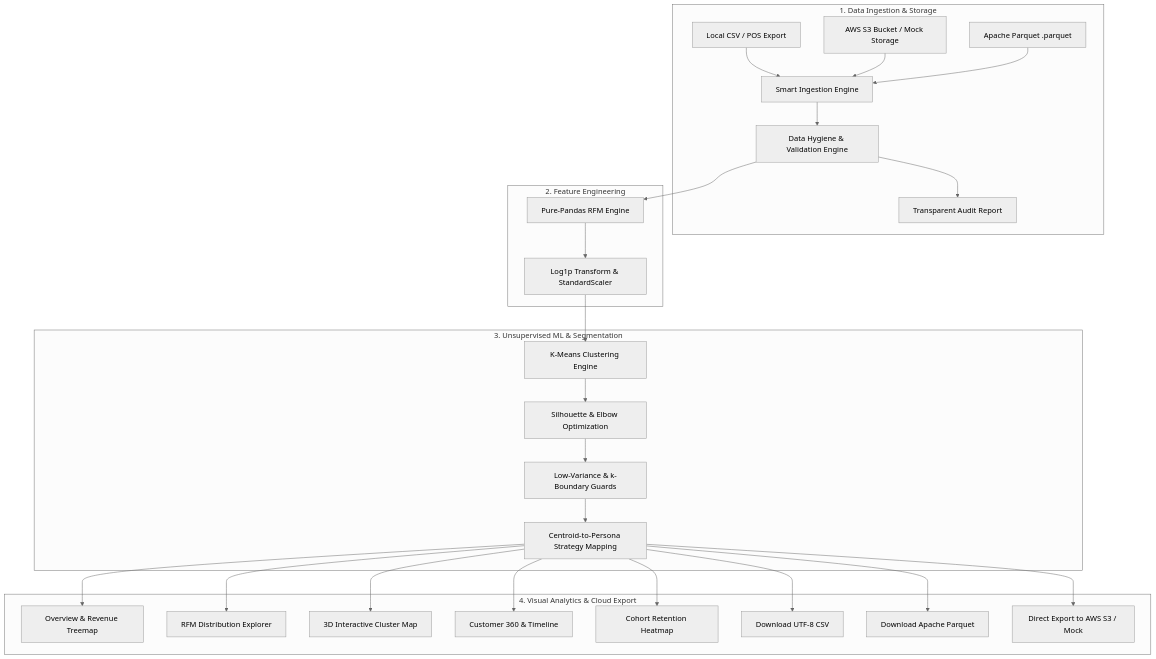
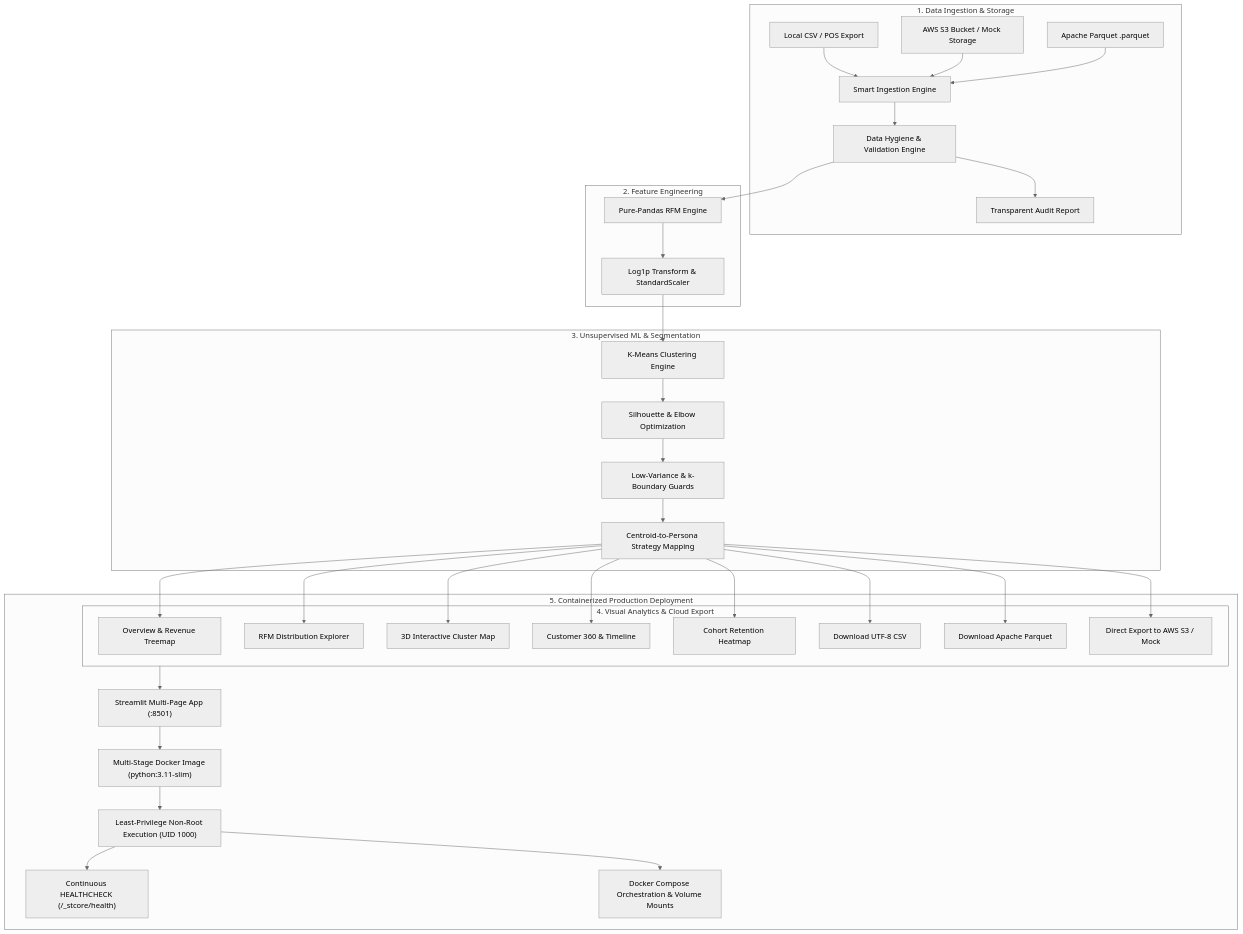
The diagram in README.md (Khare69/RFM-Cluster360), drawn with Mermaid (neutral theme) before and after one commit. The commit also changed 1 other file, not shown here.

Commit message:
docs: enrich architecture diagram with container deployment flow and add Docker run instructions to HOW_TO_RUN.txt

````diff
--- a/README.md
+++ b/README.md
@@ -94,33 +94,41 @@
 ```mermaid
 flowchart TD
     subgraph Ingestion ["1. Data Ingestion & Storage"]
         CSV[Local CSV / POS Export] --> Ingest[Smart Ingestion Engine]
         S3[AWS S3 Bucket / Mock Storage] --> Ingest
         ParquetIn[Apache Parquet .parquet] --> Ingest
         Ingest --> Clean[Data Hygiene & Validation Engine]
         Clean --> Audit[Transparent Audit Report]
     end
 
     subgraph RFM ["2. Feature Engineering"]
         Clean --> RFMCalc[Pure-Pandas RFM Engine]
         RFMCalc --> Transform[Log1p Transform & StandardScaler]
     end
 
     subgraph ML ["3. Unsupervised ML & Segmentation"]
         Transform --> KMeans[K-Means Clustering Engine]
         KMeans --> Opt[Silhouette & Elbow Optimization]
         Opt --> Guard[Low-Variance & k-Boundary Guards]
         Guard --> Persona[Centroid-to-Persona Strategy Mapping]
     end
 
     subgraph Presentation ["4. Visual Analytics & Cloud Export"]
         Persona --> Overview[Overview & Revenue Treemap]
         Persona --> Explorer[RFM Distribution Explorer]
         Persona --> Cluster3D[3D Interactive Cluster Map]
         Persona --> Search[Customer 360 & Timeline]
         Persona --> Cohort[Cohort Retention Heatmap]
         Persona --> ExportCSV[Download UTF-8 CSV]
         Persona --> ExportParquet[Download Apache Parquet]
         Persona --> ExportS3[Direct Export to AWS S3 / Mock]
     end
+
+    subgraph Container ["5. Containerized Production Deployment"]
+        Presentation --> AppServe["Streamlit Multi-Page App (:8501)"]
+        AppServe --> MultiStage["Multi-Stage Docker Image (python:3.11-slim)"]
+        MultiStage --> SecureRun["Least-Privilege Non-Root Execution (UID 1000)"]
+        SecureRun --> AutoHealth["Continuous HEALTHCHECK (/_stcore/health)"]
+        SecureRun --> ComposeUp["Docker Compose Orchestration & Volume Mounts"]
+    end
 ```
````
